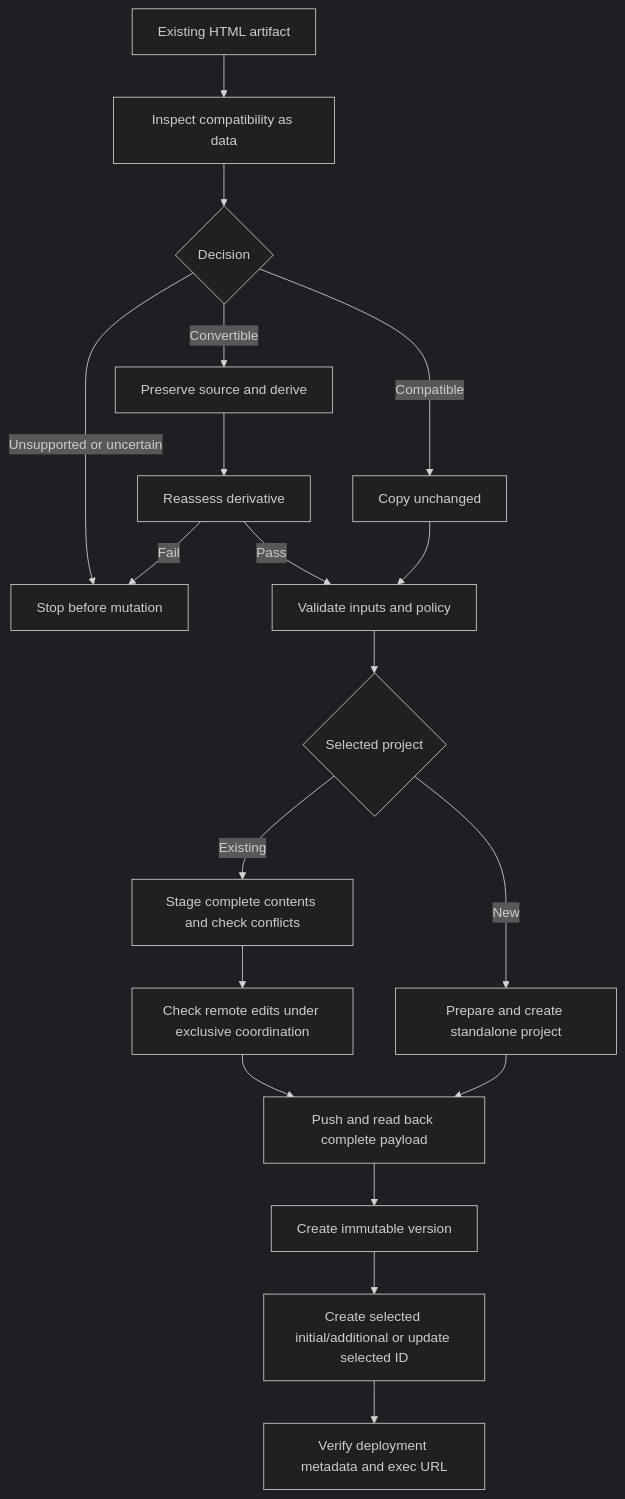
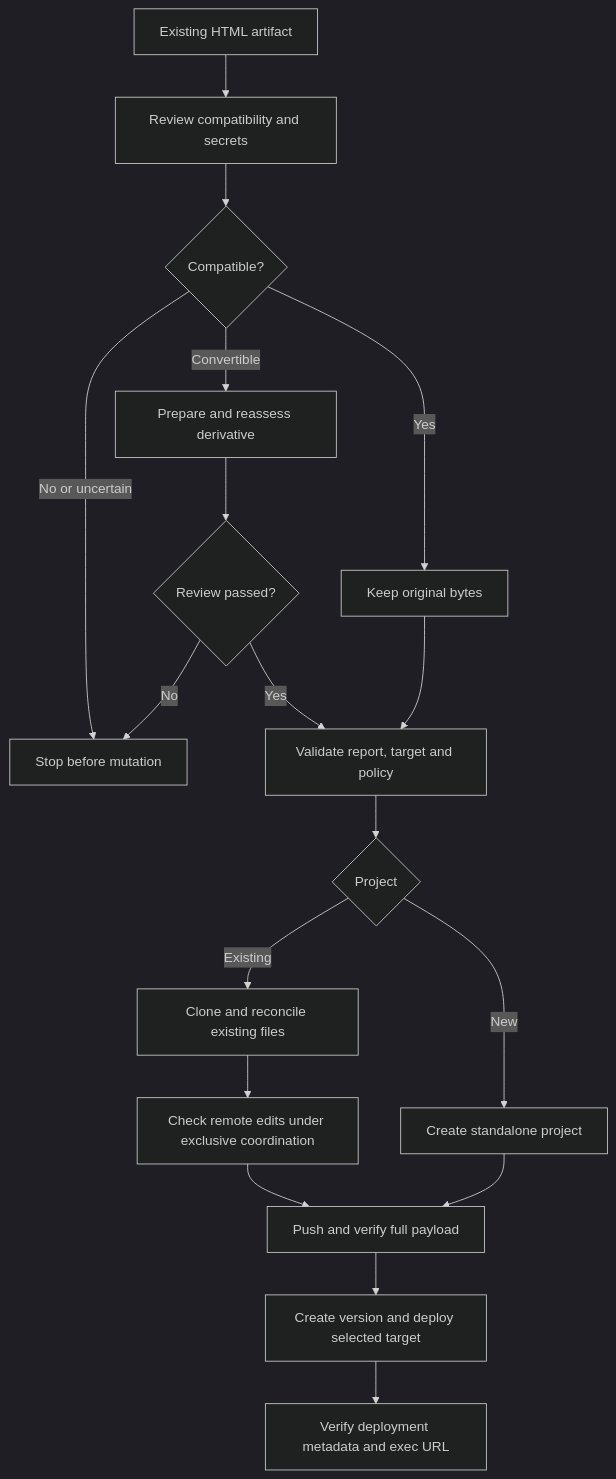
One commit to dceoy/ai-coding-agent-skills changed the first of 2 diagrams in skills/gas-html-artifact/SKILL.md. Above: the diagram before and after it, drawn with Mermaid (dark theme). The commit also changed other lines of this file and 4 other files, not shown here.

First line of the commit message:
fix(gas-html-artifact): launch clasp through pnpm with npx/CLI fallback (#142)

````diff
--- a/skills/gas-html-artifact/SKILL.md
+++ b/skills/gas-html-artifact/SKILL.md
@@ -164,21 +14,20 @@
 ```mermaid
 flowchart TD
-    A[Existing HTML artifact] --> B[Inspect compatibility as data]
-    B --> C{Decision}
-    C -- Compatible --> D[Copy unchanged]
-    C -- Convertible --> E[Preserve source and derive]
-    C -- Unsupported or uncertain --> X[Stop before mutation]
-    E --> R[Reassess derivative]
-    R -- Pass --> F[Validate inputs and policy]
-    R -- Fail --> X
-    D --> F
-    F --> G{Selected project}
-    G -- New --> N[Prepare and create standalone project]
-    G -- Existing --> P[Stage complete contents and check conflicts]
-    P --> Q[Check remote edits under exclusive coordination]
-    Q --> H[Push and read back complete payload]
-    N --> H
-    H --> I[Create immutable version]
-    I --> J[Create selected initial/additional or update selected ID]
-    J --> V[Verify deployment metadata and exec URL]
+    A[Existing HTML artifact] --> B[Review compatibility and secrets]
+    B --> C{Compatible?}
+    C -- Yes --> D[Keep original bytes]
+    C -- Convertible --> E[Prepare and reassess derivative]
+    C -- No or uncertain --> X[Stop before mutation]
+    E --> F{Review passed?}
+    F -- No --> X
+    F -- Yes --> G[Validate report, target and policy]
+    D --> G
+    G --> H{Project}
+    H -- New --> I[Create standalone project]
+    H -- Existing --> J[Clone and reconcile existing files]
+    J --> K[Check remote edits under exclusive coordination]
+    K --> L[Push and verify full payload]
+    I --> L
+    L --> M[Create version and deploy selected target]
+    M --> N[Verify deployment metadata and exec URL]
 ```
````
